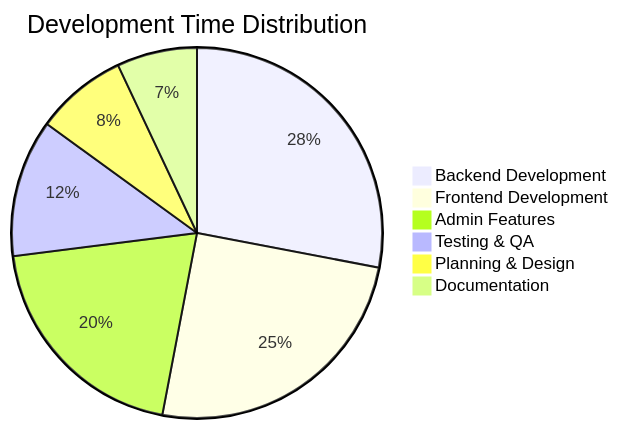
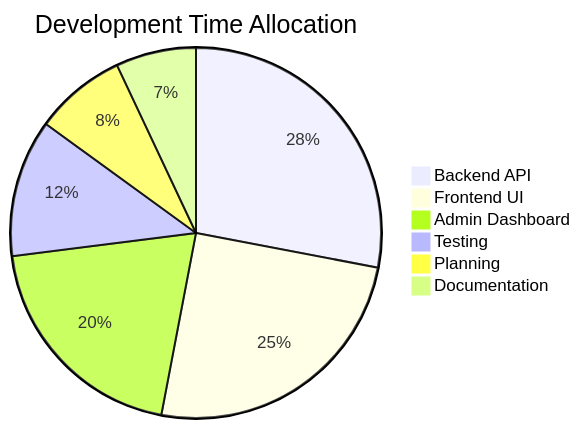
One commit to subekshyaregmi2007-source/astonish-ai-solutions changed the third of 3 diagrams in PROJECT_SCHEDULE.md. Above: the diagram before and after it, drawn with Mermaid. The commit also changed other lines of this file, not shown here.

Commit message:
Simplify project schedule with cleaner design and better visuals

````diff
--- a/PROJECT_SCHEDULE.md
+++ b/PROJECT_SCHEDULE.md
@@ -557,9 +68,9 @@
 ```mermaid
-pie title Development Time Distribution
-    "Backend Development" : 28
-    "Frontend Development" : 25
-    "Admin Features" : 20
-    "Testing & QA" : 12
-    "Planning & Design" : 8
+pie title Development Time Allocation
+    "Backend API" : 28
+    "Frontend UI" : 25
+    "Admin Dashboard" : 20
+    "Testing" : 12
+    "Planning" : 8
     "Documentation" : 7
 ```
````
